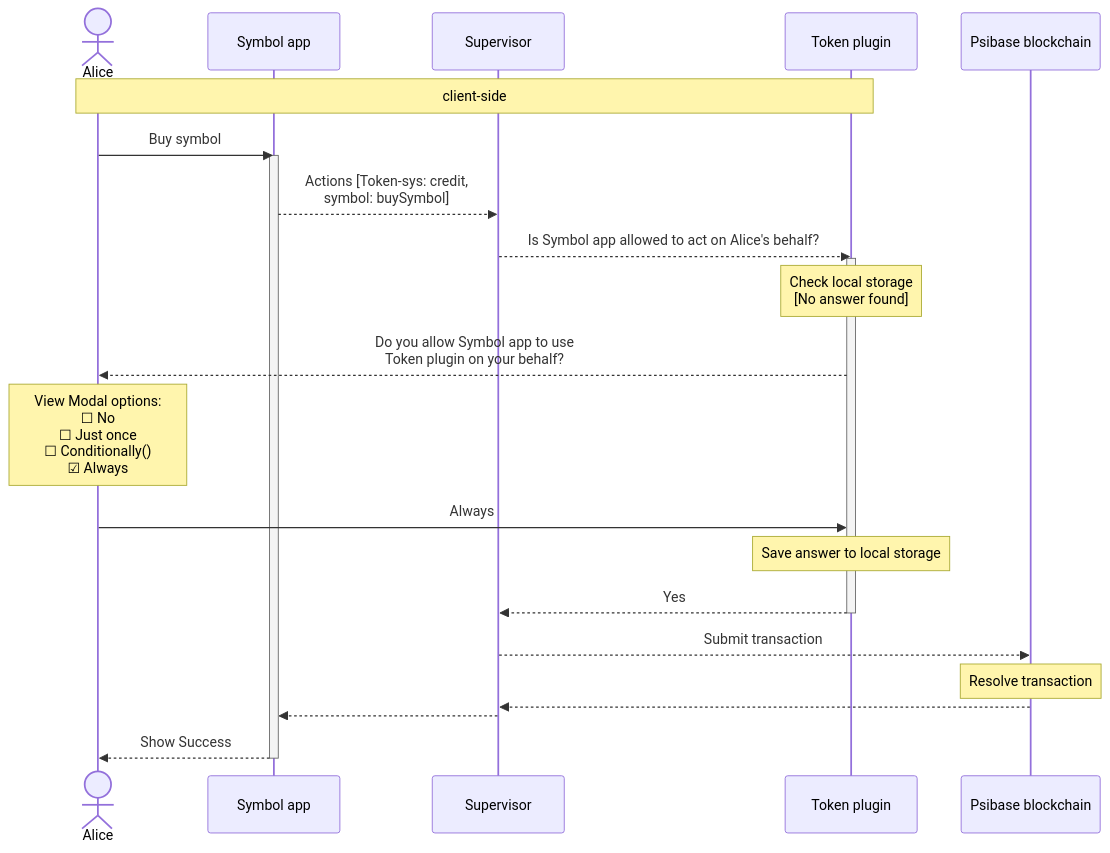
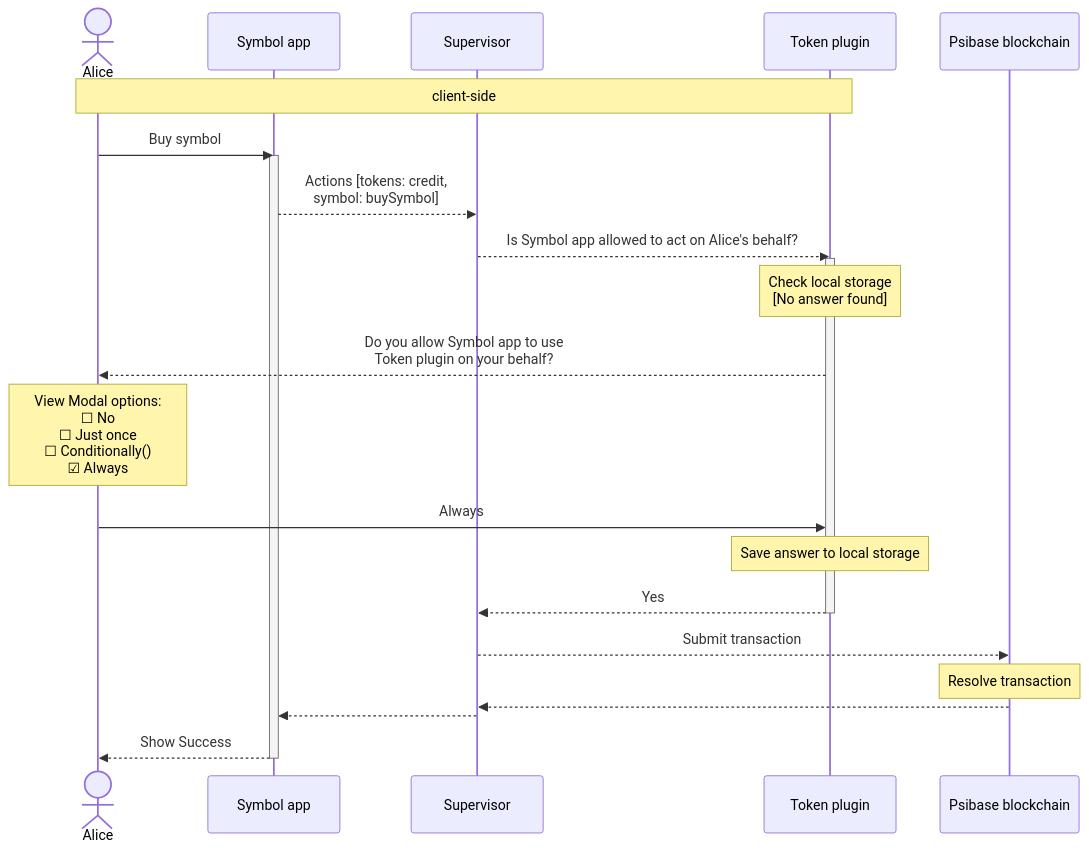
One commit to gofractally/psibase changed the diagram in doc/diagrams/symbol-market.md. Above: the diagram before and after it, drawn with Mermaid. The commit also changed 36 other files, not shown here.

````diff
--- a/doc/diagrams/symbol-market.md
+++ b/doc/diagrams/symbol-market.md
@@ -3,31 +3,31 @@
 ```mermaid
 
 sequenceDiagram
     actor Alice
     participant Symbol app
     participant Supervisor
     participant Token plugin
     participant Psibase blockchain
 
     note over Alice, Token plugin: client-side
 
     Alice->>Symbol app: Buy symbol
     activate Symbol app
-    Symbol app-->>Supervisor: Actions [Token-sys: credit,<br> symbol: buySymbol]
+    Symbol app-->>Supervisor: Actions [tokens: credit,<br> symbol: buySymbol]
     Supervisor-->>Token plugin: Is Symbol app allowed to act on Alice's behalf?
     activate Token plugin
     Note over Token plugin: Check local storage <br> [No answer found]
     Token plugin-->>Alice: Do you allow Symbol app to use <br> Token plugin on your behalf?
     Note over Alice: View Modal options: <br> #9744; No <br> #9744; Just once <br> #9744; Conditionally() <br> #9745; Always
     Alice->>Token plugin: Always
     Note over Token plugin: Save answer to local storage
     Token plugin-->>Supervisor: Yes
     deactivate Token plugin
     Supervisor-->>Psibase blockchain: Submit transaction
     Note over Psibase blockchain: Resolve transaction
     Psibase blockchain-->>Supervisor: 
     Supervisor-->>Symbol app: 
     Symbol app-->>Alice: Show Success
     deactivate Symbol app
 
 ```
````
